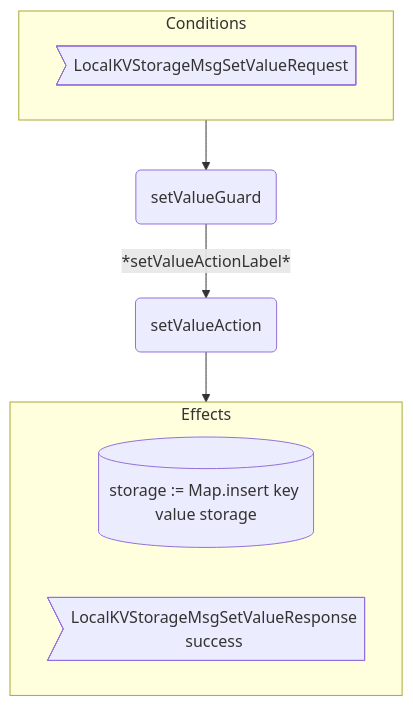
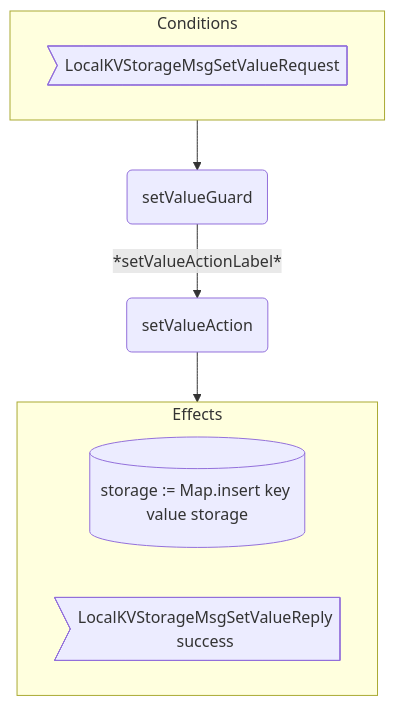
The second of 3 diagrams in docs/arch/node/engines/local_key_value_storage_behaviour.juvix.md (anoma/nspec), drawn with Mermaid before and after one commit. The commit also changed other lines of this file and 37 other files, not shown here.

Commit message:
Renamed all instances of "Response" to "Reply" in message interfaces for consistency across commitment, decryption, identity management, and other engines.

````diff
--- a/docs/arch/node/engines/local_key_value_storage_behaviour.juvix.md
+++ b/docs/arch/node/engines/local_key_value_storage_behaviour.juvix.md
@@ -533,16 +533,16 @@
 ```mermaid
 flowchart TD
   subgraph C[Conditions]
     CMsg>LocalKVStorageMsgSetValueRequest]
   end
 
   G(setValueGuard)
   A(setValueAction)
 
   C --> G -- *setValueActionLabel* --> A --> E
 
   subgraph E[Effects]
     EEnv[(storage := Map.insert key value storage)]
-    EMsg>LocalKVStorageMsgSetValueResponse<br/>success]
+    EMsg>LocalKVStorageMsgSetValueReply<br/>success]
   end
 ```
````
